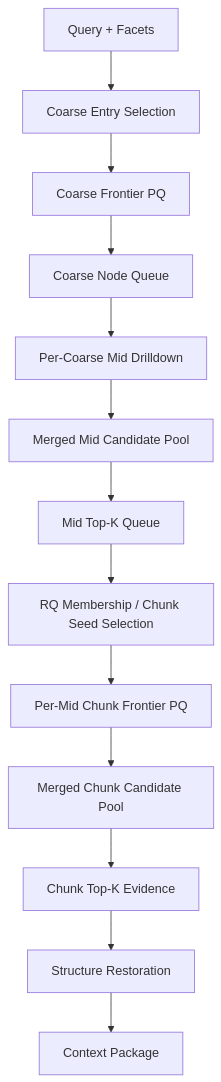
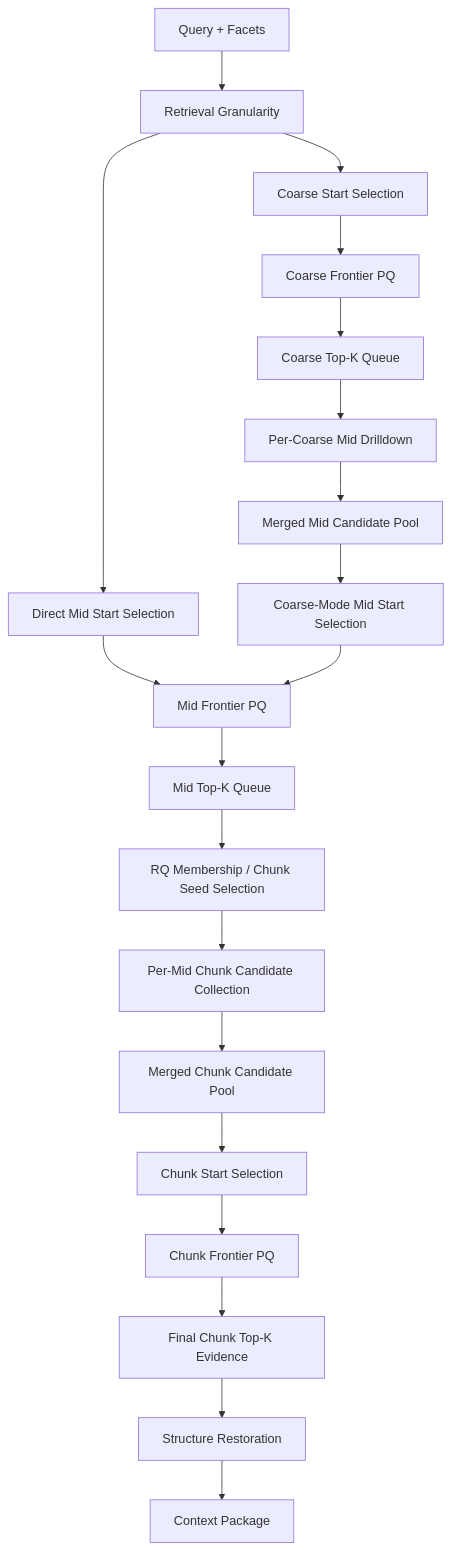
One commit to Sggggt/SymboGraph changed diagram 11 of 12 in docs/technical-spec.md. Above: the diagram before and after it, drawn with Mermaid. The commit also changed other lines of this file and 20 other files, not shown here.

````diff
--- a/docs/technical-spec.md
+++ b/docs/technical-spec.md
@@ -2339,15 +2343,22 @@
 ```mermaid
 flowchart TB
-    Q["Query + Facets"] --> CE["Coarse Entry Selection"]
+    Q["Query + Facets"] --> GM["Retrieval Granularity"]
+    GM --> CE["Coarse Start Selection"]
+    GM --> ME["Direct Mid Start Selection"]
     CE --> CQ["Coarse Frontier PQ"]
-    CQ --> CQS["Coarse Node Queue"]
+    CQ --> CQS["Coarse Top-K Queue"]
     CQS --> MD["Per-Coarse Mid Drilldown"]
     MD --> MP["Merged Mid Candidate Pool"]
-    MP --> MT["Mid Top-K Queue"]
+    MP --> MS["Coarse-Mode Mid Start Selection"]
+    ME --> MQ["Mid Frontier PQ"]
+    MS --> MQ
+    MQ --> MT["Mid Top-K Queue"]
     MT --> CS["RQ Membership / Chunk Seed Selection"]
-    CS --> CH["Per-Mid Chunk Frontier PQ"]
-    CH --> CP0["Merged Chunk Candidate Pool"]
-    CP0 --> CT["Chunk Top-K Evidence"]
+    CS --> CH0["Per-Mid Chunk Candidate Collection"]
+    CH0 --> CP0["Merged Chunk Candidate Pool"]
+    CP0 --> CHS["Chunk Start Selection"]
+    CHS --> CH["Chunk Frontier PQ"]
+    CH --> CT["Final Chunk Top-K Evidence"]
     CT --> ST["Structure Restoration"]
     ST --> CP["Context Package"]
 ```
````
